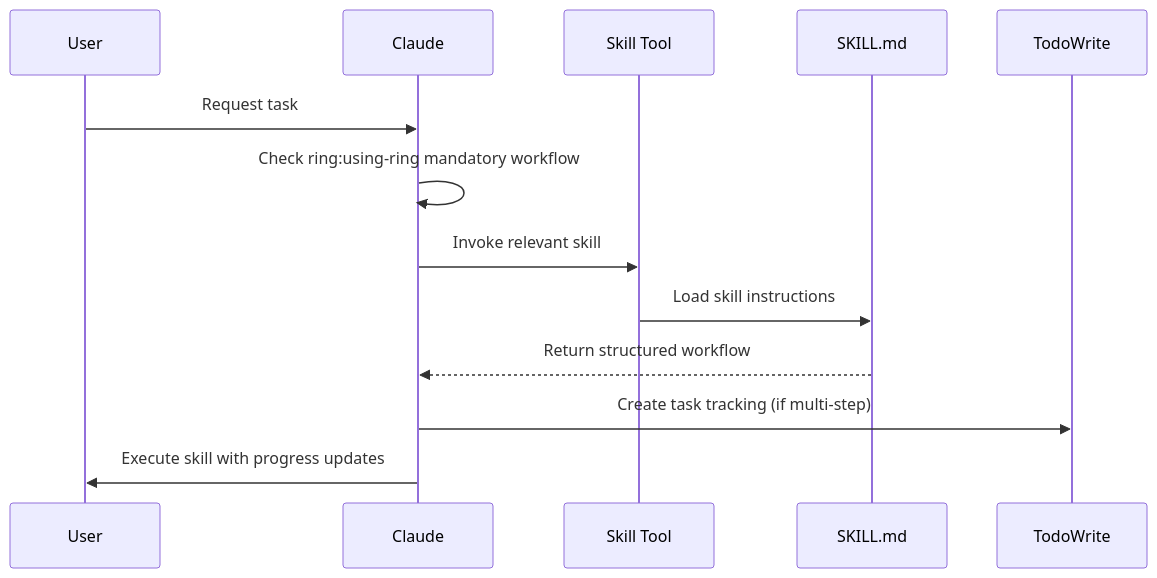
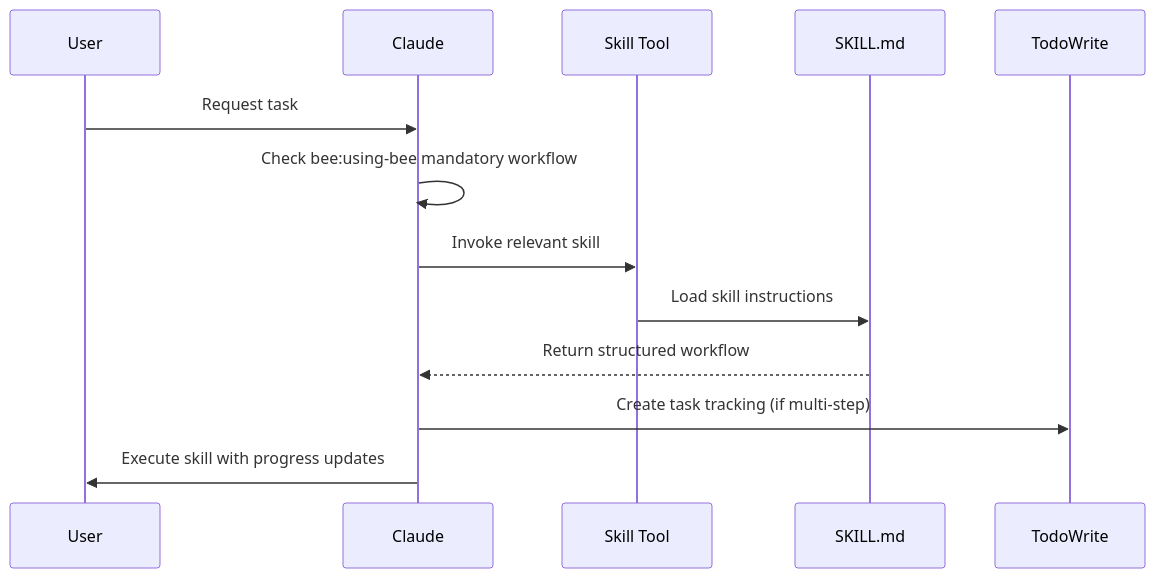
The second of 3 diagrams in ARCHITECTURE.md (luanrodrigues/ia-frmwrk), drawn with Mermaid before and after one commit. The commit also changed other lines of this file and 262 other files, not shown here.

````diff
--- a/ARCHITECTURE.md
+++ b/ARCHITECTURE.md
@@ -409,16 +409,16 @@
 ```mermaid
 sequenceDiagram
     participant User
     participant Claude
     participant Skill Tool
     participant SKILL.md
     participant TodoWrite
 
     User->>Claude: Request task
-    Claude->>Claude: Check ring:using-ring mandatory workflow
+    Claude->>Claude: Check bee:using-bee mandatory workflow
     Claude->>Skill Tool: Invoke relevant skill
     Skill Tool->>SKILL.md: Load skill instructions
     SKILL.md-->>Claude: Return structured workflow
     Claude->>TodoWrite: Create task tracking (if multi-step)
     Claude->>User: Execute skill with progress updates
 ```
````
